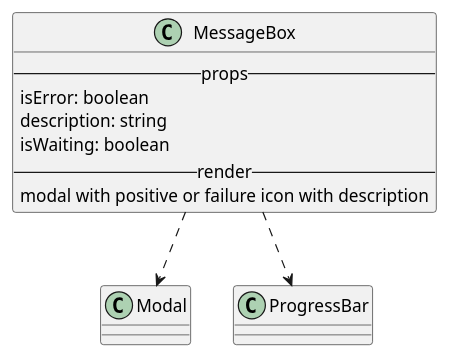
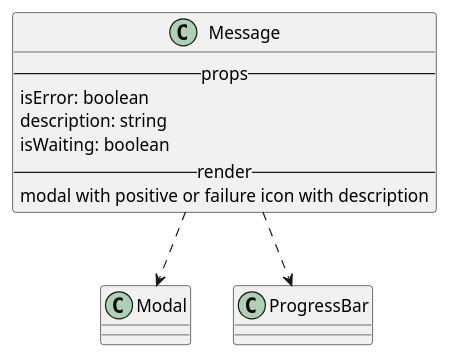
The diagram in react/custom/messageBox.iuml (M9k/Marvin-Uml), drawn with PlantUML before and after one commit. The commit also changed 20 other files, not shown here.

```diff
--- a/react/custom/messageBox.iuml
+++ b/react/custom/messageBox.iuml
@@ -1,11 +1,11 @@
-class MessageBox {
+class Message {
     --props--
        isError: boolean
        description: string
 	   isWaiting: boolean
     --render--
     modal with positive or failure icon with description
 }
 
-MessageBox ..> Modal
-MessageBox ..> ProgressBar
+Message ..> Modal
+Message ..> ProgressBar
```
